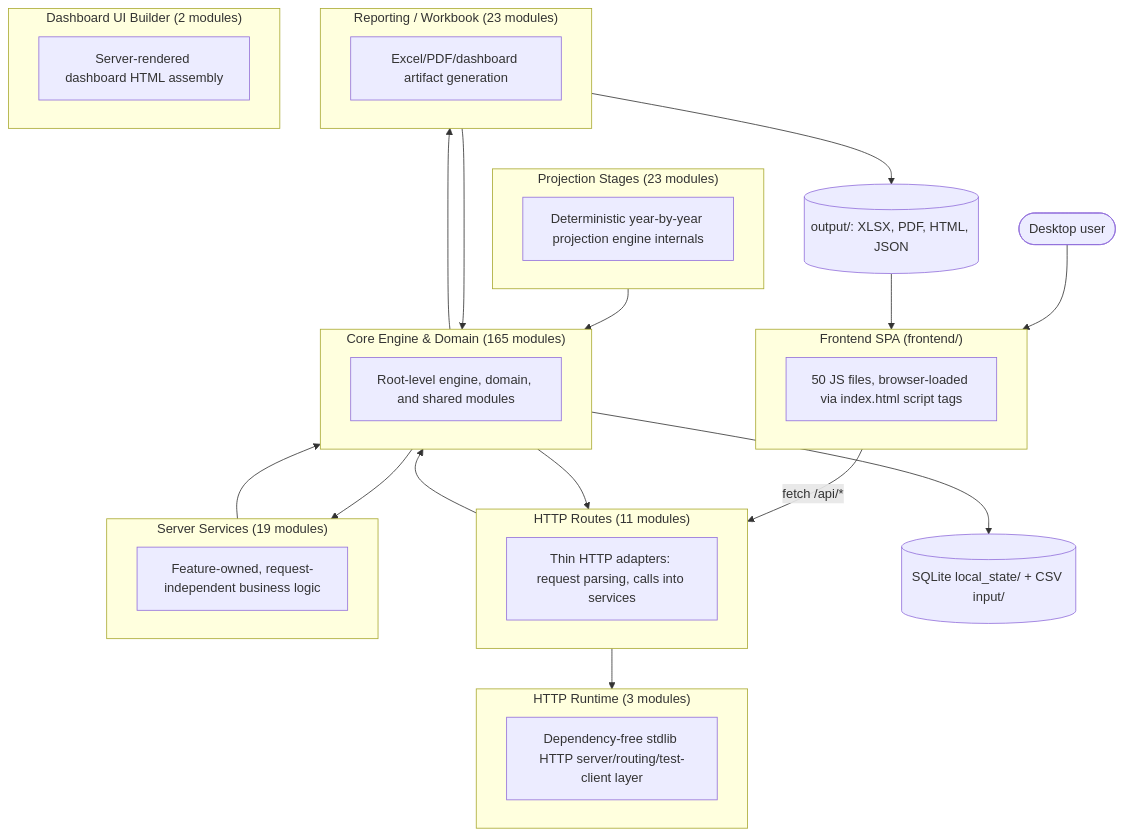
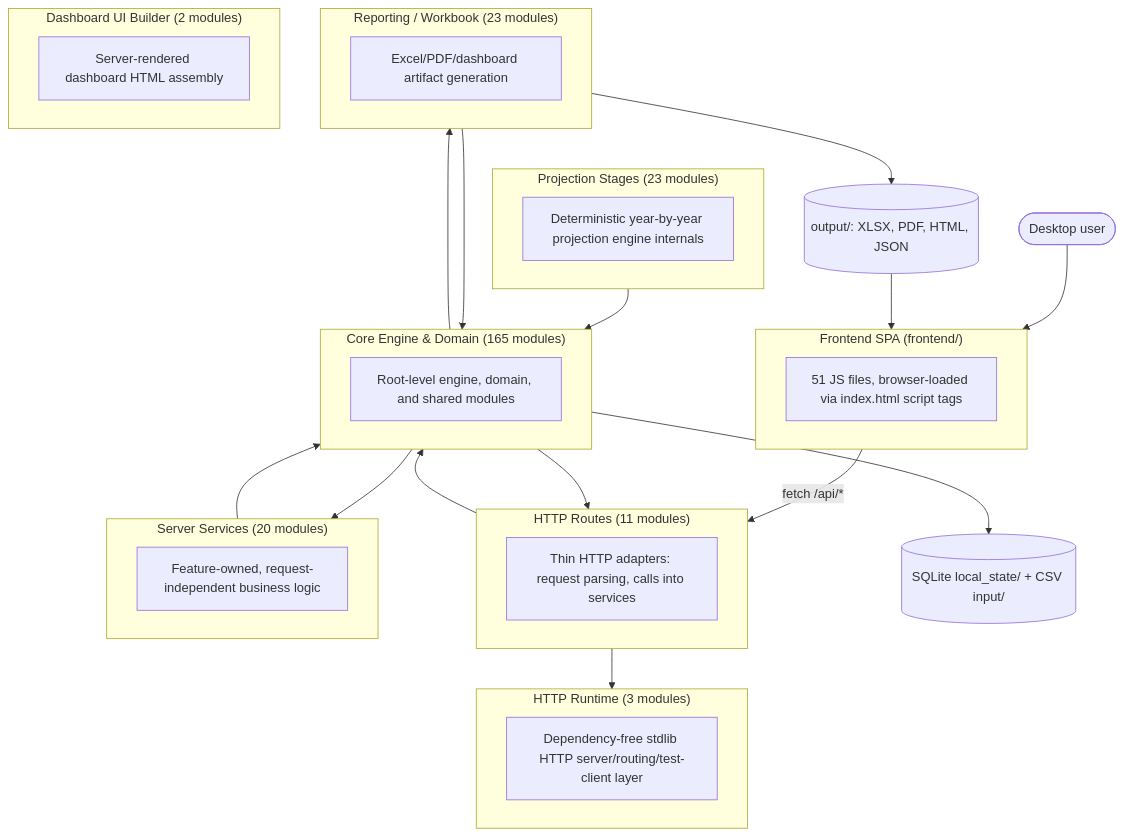
One commit to matthartzman/retirement_system changed the first of 2 diagrams in documentation/reference/SYSTEM_ARCHITECTURE_DIAGRAM.md. Above: the diagram before and after it, drawn with Mermaid. The commit also changed other lines of this file and 11 other files, not shown here.

````diff
--- a/documentation/reference/SYSTEM_ARCHITECTURE_DIAGRAM.md
+++ b/documentation/reference/SYSTEM_ARCHITECTURE_DIAGRAM.md
@@ -11,40 +11,40 @@
 ```mermaid
 flowchart TB
     User(["Desktop user"]) --> FE
     subgraph FE["Frontend SPA (frontend/)"]
-        FEcount["50 JS files, browser-loaded via index.html script tags"]
+        FEcount["51 JS files, browser-loaded via index.html script tags"]
     end
     FE -->|fetch /api/*| L_HTTP_Routes
     subgraph L_HTTP_Routes["HTTP Routes (11 modules)"]
         L_HTTP_Routes_d["Thin HTTP adapters: request parsing, calls into services"]
     end
-    subgraph L_Server_Services["Server Services (19 modules)"]
+    subgraph L_Server_Services["Server Services (20 modules)"]
         L_Server_Services_d["Feature-owned, request-independent business logic"]
     end
     subgraph L_HTTP_Runtime["HTTP Runtime (3 modules)"]
         L_HTTP_Runtime_d["Dependency-free stdlib HTTP server/routing/test-client layer"]
     end
     subgraph L_Core_Engine___Domain["Core Engine & Domain (165 modules)"]
         L_Core_Engine___Domain_d["Root-level engine, domain, and shared modules"]
     end
     subgraph L_Projection_Stages["Projection Stages (23 modules)"]
         L_Projection_Stages_d["Deterministic year-by-year projection engine internals"]
     end
     subgraph L_Reporting___Workbook["Reporting / Workbook (23 modules)"]
         L_Reporting___Workbook_d["Excel/PDF/dashboard artifact generation"]
     end
     subgraph L_Dashboard_UI_Builder["Dashboard UI Builder (2 modules)"]
         L_Dashboard_UI_Builder_d["Server-rendered dashboard HTML assembly"]
     end
     L_Core_Engine___Domain --> L_HTTP_Routes
     L_Core_Engine___Domain --> L_Reporting___Workbook
     L_Core_Engine___Domain --> L_Server_Services
     L_HTTP_Routes --> L_Core_Engine___Domain
     L_HTTP_Routes --> L_HTTP_Runtime
     L_Projection_Stages --> L_Core_Engine___Domain
     L_Reporting___Workbook --> L_Core_Engine___Domain
     L_Server_Services --> L_Core_Engine___Domain
     L_Core_Engine___Domain --> DB[("SQLite local_state/ + CSV input/")]
     L_Reporting___Workbook --> Outputs[("output/: XLSX, PDF, HTML, JSON")]
     Outputs --> FE
 ```
````
